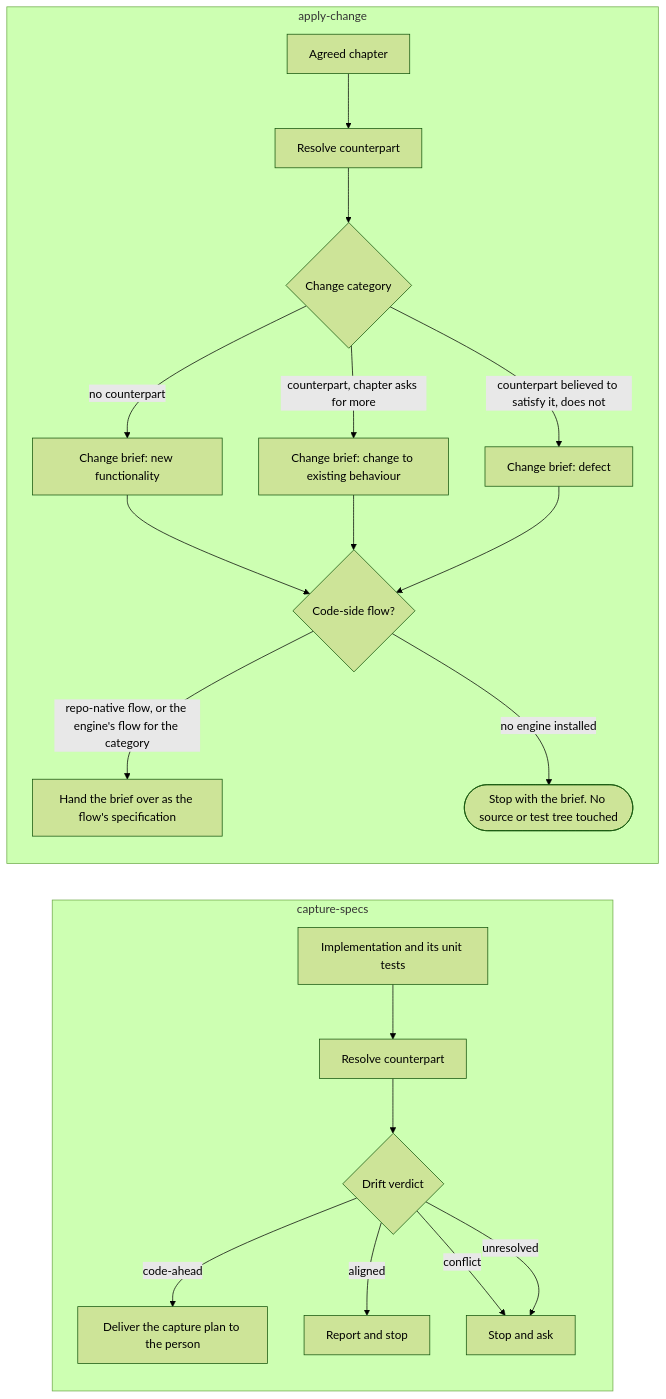
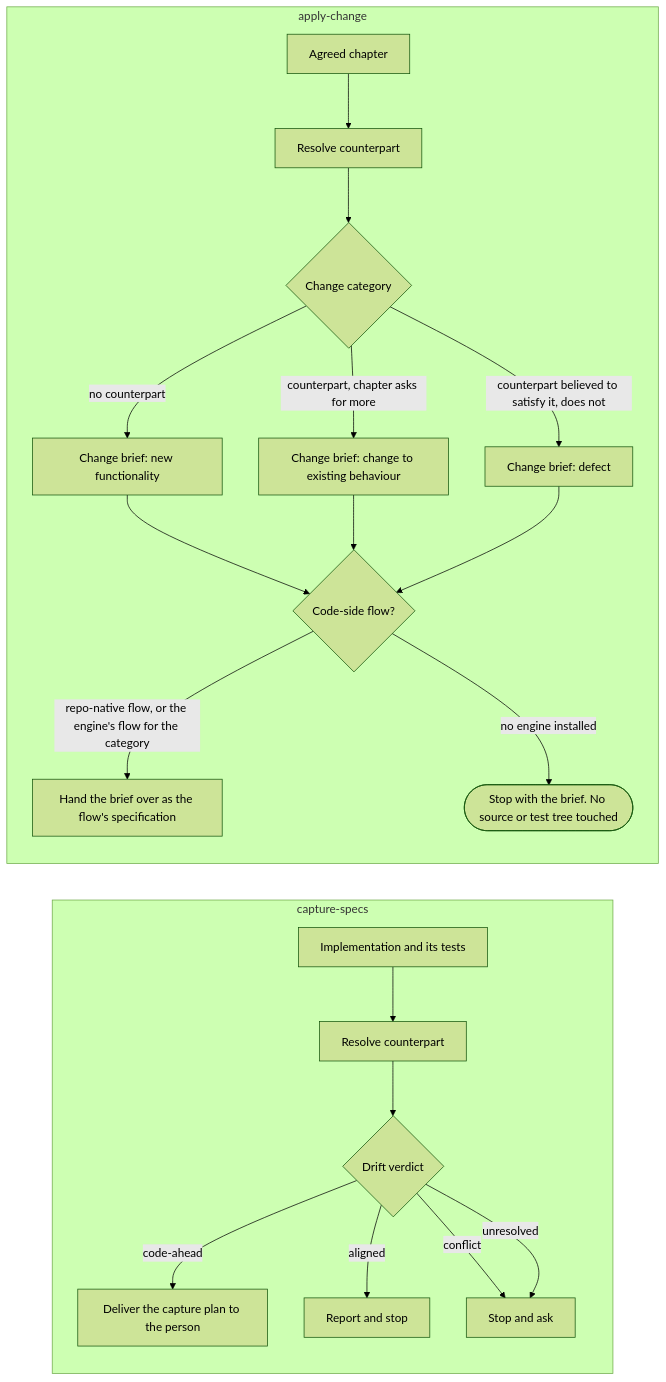
Before and after one commit to JSdotNet/devbook: the fourth of 4 diagrams in .devbook/arc42/building-blocks/devbook.md, drawn with Mermaid (forest theme). The commit also changed other lines of this file and 2 other files, not shown here.

First line of the commit message:
devbook: verify-change reads the tests a requirement names

````diff
--- a/.devbook/arc42/building-blocks/devbook.md
+++ b/.devbook/arc42/building-blocks/devbook.md
@@ -749,24 +754,24 @@
 ```mermaid
 flowchart LR
     subgraph capture["capture-specs"]
-        code["Implementation and its unit tests"] --> resolveA["Resolve counterpart"]
+        code["Implementation and its tests"] --> resolveA["Resolve counterpart"]
         resolveA --> verdictA{"Drift verdict"}
         verdictA -->|"code-ahead"| write["Deliver the capture plan to the person"]
         verdictA -->|"aligned"| noop["Report and stop"]
         verdictA -->|"conflict"| ask["Stop and ask"]
         verdictA -->|"unresolved"| ask
     end
 
     subgraph build["apply-change"]
         chapter["Agreed chapter"] --> resolveB["Resolve counterpart"]
         resolveB --> category{"Change category"}
         category -->|"no counterpart"| brief["Change brief: new functionality"]
         category -->|"counterpart, chapter asks for more"| brief2["Change brief: change to existing behaviour"]
         category -->|"counterpart believed to satisfy it, does not"| brief3["Change brief: defect"]
         brief --> route{"Code-side flow?"}
         brief2 --> route
         brief3 --> route
         route -->|"repo-native flow, or the engine's flow for the category"| handoff["Hand the brief over as the flow's specification"]
         route -->|"no engine installed"| stop(["Stop with the brief. No source or test tree touched"])
     end
 ```
````
